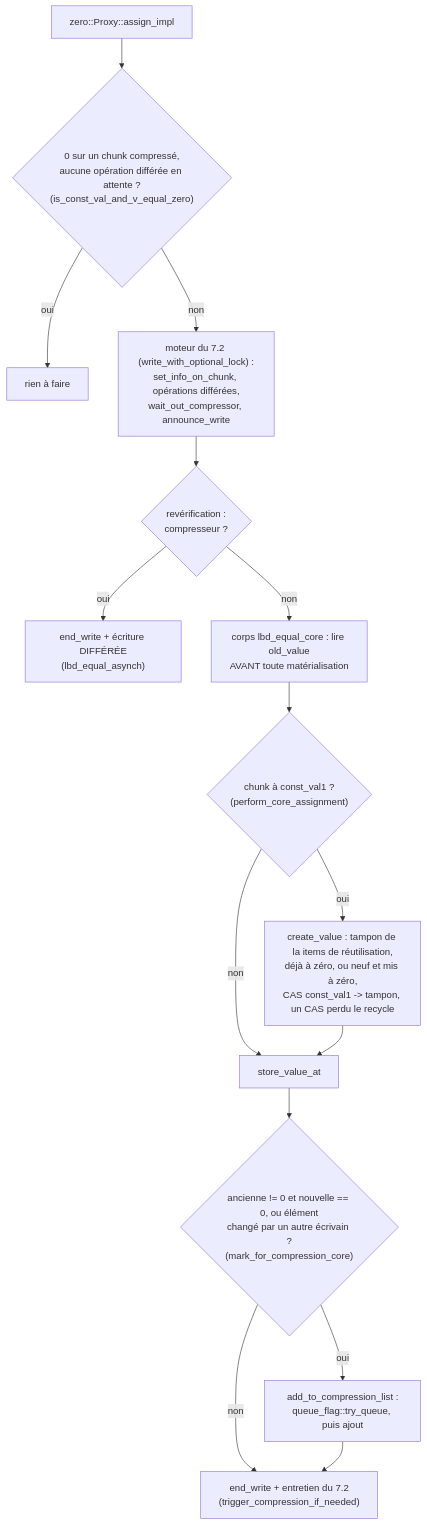
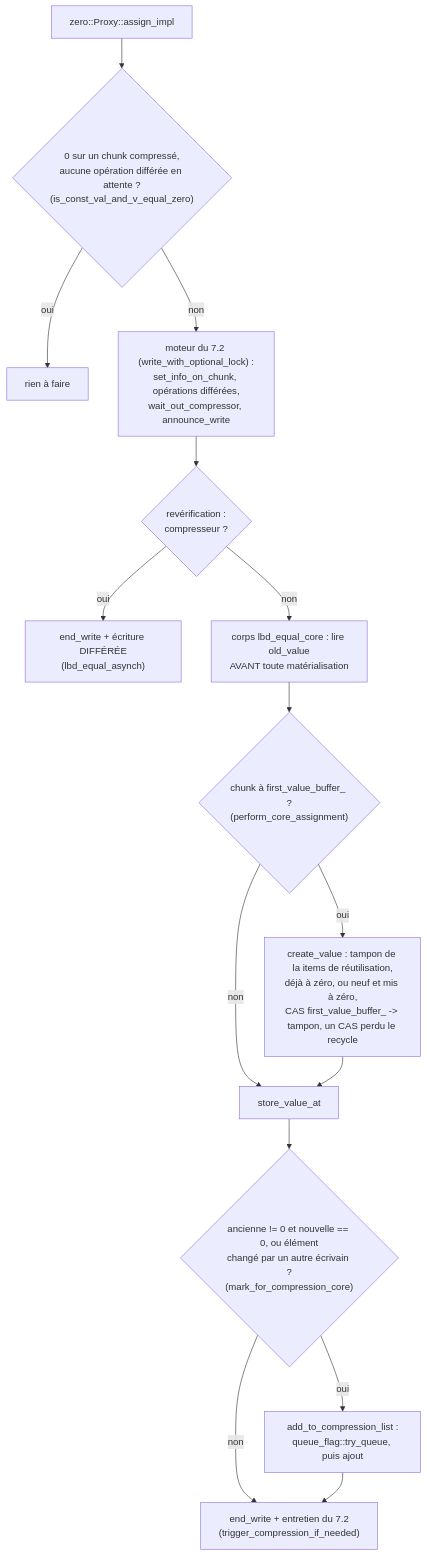
One commit to cea-hpc/shrink-array changed the first of 2 diagrams in docs/algo_zero_fr.md. Above: the diagram before and after it, drawn with Mermaid. The commit also changed other lines of this file and 79 other files, not shown here.

````diff
--- a/docs/algo_zero_fr.md
+++ b/docs/algo_zero_fr.md
@@ -60,17 +60,17 @@
 ```mermaid
 flowchart TD
     A["zero::Proxy::assign_impl"] --> B{"0 sur un chunk compressé,<br/>aucune opération différée en attente ?<br/>(is_const_val_and_v_equal_zero)"}
     B -->|oui| B1["rien à faire"]
     B -->|non| C["moteur du 7.2 (write_with_optional_lock) :<br/>set_info_on_chunk, opérations différées,<br/>wait_out_compressor, announce_write"]
     C --> D{"revérification :<br/>compresseur ?"}
     D -->|oui| D1["end_write + écriture DIFFÉRÉE<br/>(lbd_equal_asynch)"]
     D -->|non| E["corps lbd_equal_core : lire old_value<br/>AVANT toute matérialisation"]
-    E --> F{"chunk à const_val1 ?<br/>(perform_core_assignment)"}
-    F -->|oui| G["create_value : tampon de la items de réutilisation,<br/>déjà à zéro, ou neuf et mis à zéro,<br/>CAS const_val1 -> tampon, un CAS perdu le recycle"]
+    E --> F{"chunk à first_value_buffer_ ?<br/>(perform_core_assignment)"}
+    F -->|oui| G["create_value : tampon de la items de réutilisation,<br/>déjà à zéro, ou neuf et mis à zéro,<br/>CAS first_value_buffer_ -> tampon, un CAS perdu le recycle"]
     F -->|non| H
     G --> H["store_value_at"]
     H --> I{"ancienne != 0 et nouvelle == 0, ou élément<br/>changé par un autre écrivain ?<br/>(mark_for_compression_core)"}
     I -->|oui| J["add_to_compression_list :<br/>queue_flag::try_queue, puis ajout"]
     I -->|non| K
     J --> K["end_write + entretien du 7.2<br/>(trigger_compression_if_needed)"]
 ```
````
